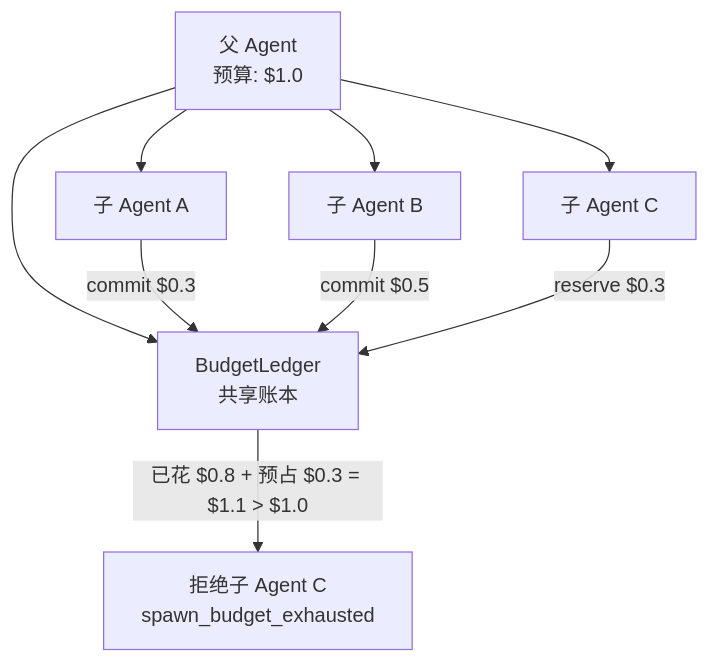
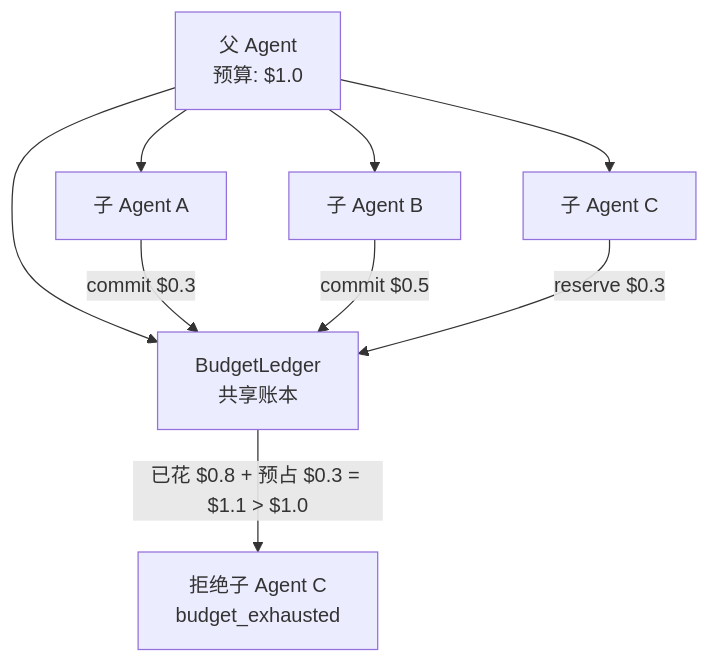
The diagram in docs/book/ch04.md (limenagent/prodagent), drawn with Mermaid before and after one commit. The commit also changed other lines of this file and 44 other files, not shown here.

````diff
--- a/docs/book/ch04.md
+++ b/docs/book/ch04.md
@@ -91,11 +91,11 @@
 ```mermaid
 graph TD
     Parent["父 Agent<br/>预算: $1.0"] --> Ledger["BudgetLedger<br/>共享账本"]
     Parent --> Child1["子 Agent A"]
     Parent --> Child2["子 Agent B"]
     Parent --> Child3["子 Agent C"]
     Child1 -->|commit $0.3| Ledger
     Child2 -->|commit $0.5| Ledger
     Child3 -->|reserve $0.3| Ledger
-    Ledger -->|已花 $0.8 + 预占 $0.3 = $1.1 > $1.0| REJECT["拒绝子 Agent C<br/>spawn_budget_exhausted"]
+    Ledger -->|已花 $0.8 + 预占 $0.3 = $1.1 > $1.0| REJECT["拒绝子 Agent C<br/>budget_exhausted"]
 ```
````
